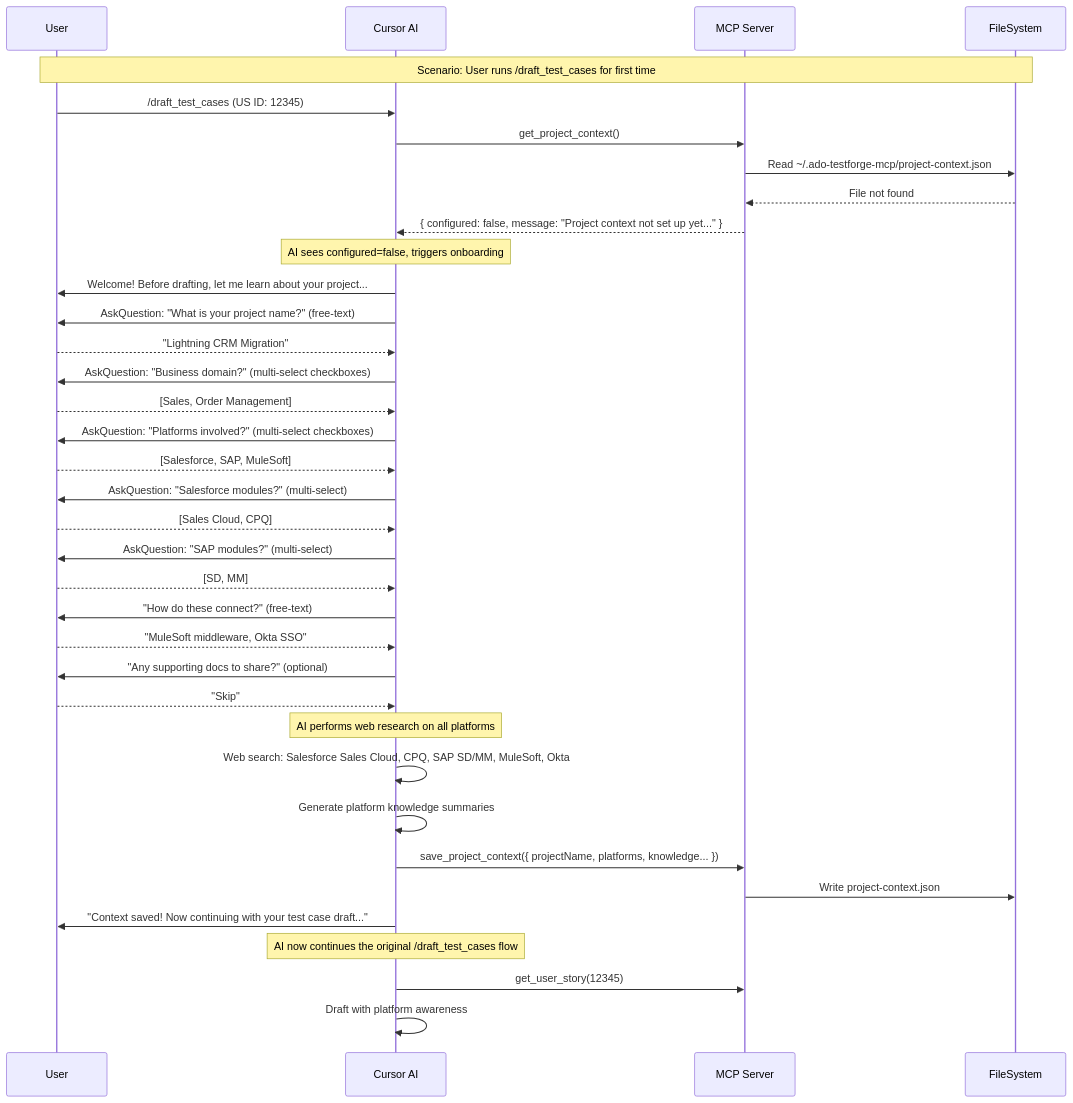
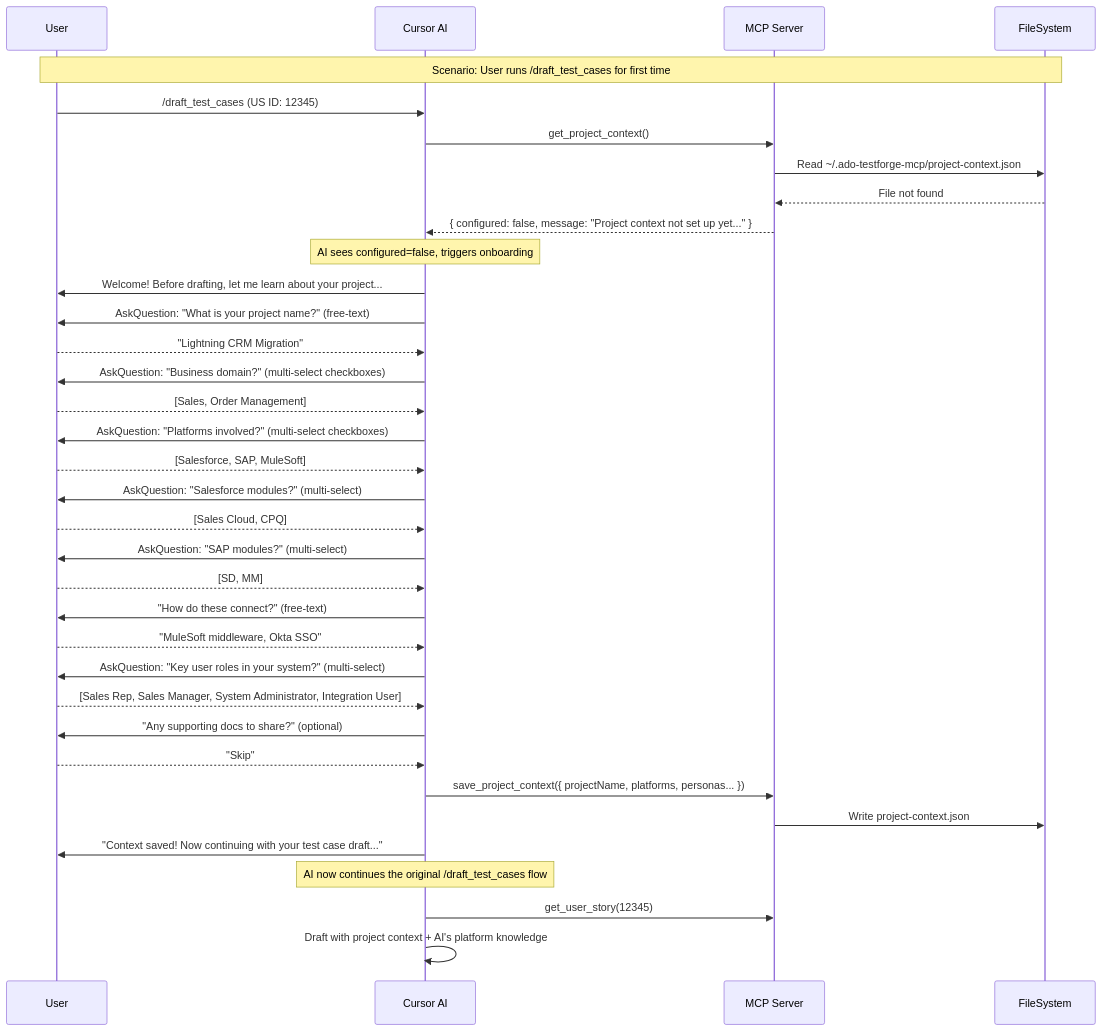
One commit to badgujar-kavita/ado-mcp-server changed the diagram in .cursor/plans/post_install_onboarding_flow.plan.md. Above: the diagram before and after it, drawn with Mermaid. The commit also changed other lines of this file and 9 other files, not shown here.

````diff
--- a/.cursor/plans/post_install_onboarding_flow.plan.md
+++ b/.cursor/plans/post_install_onboarding_flow.plan.md
@@ -27,45 +27,43 @@
 ```mermaid
 sequenceDiagram
     participant U as User
     participant AI as Cursor AI
     participant MCP as MCP Server
     participant FS as FileSystem
 
     Note over U,FS: Scenario: User runs /draft_test_cases for first time
 
     U->>AI: /draft_test_cases (US ID: 12345)
     AI->>MCP: get_project_context()
     MCP->>FS: Read ~/.ado-testforge-mcp/project-context.json
     FS-->>MCP: File not found
     MCP-->>AI: { configured: false, message: "Project context not set up yet..." }
 
     Note over AI: AI sees configured=false, triggers onboarding
 
     AI->>U: Welcome! Before drafting, let me learn about your project...
     AI->>U: AskQuestion: "What is your project name?" (free-text)
     U-->>AI: "Lightning CRM Migration"
     AI->>U: AskQuestion: "Business domain?" (multi-select checkboxes)
     U-->>AI: [Sales, Order Management]
     AI->>U: AskQuestion: "Platforms involved?" (multi-select checkboxes)
     U-->>AI: [Salesforce, SAP, MuleSoft]
     AI->>U: AskQuestion: "Salesforce modules?" (multi-select)
     U-->>AI: [Sales Cloud, CPQ]
     AI->>U: AskQuestion: "SAP modules?" (multi-select)
     U-->>AI: [SD, MM]
     AI->>U: "How do these connect?" (free-text)
     U-->>AI: "MuleSoft middleware, Okta SSO"
+    AI->>U: AskQuestion: "Key user roles in your system?" (multi-select)
+    U-->>AI: [Sales Rep, Sales Manager, System Administrator, Integration User]
     AI->>U: "Any supporting docs to share?" (optional)
     U-->>AI: "Skip"
 
-    Note over AI: AI performs web research on all platforms
-    AI->>AI: Web search: Salesforce Sales Cloud, CPQ, SAP SD/MM, MuleSoft, Okta
-    AI->>AI: Generate platform knowledge summaries
-
-    AI->>MCP: save_project_context({ projectName, platforms, knowledge... })
+    AI->>MCP: save_project_context({ projectName, platforms, personas... })
     MCP->>FS: Write project-context.json
     AI->>U: "Context saved! Now continuing with your test case draft..."
 
     Note over AI: AI now continues the original /draft_test_cases flow
     AI->>MCP: get_user_story(12345)
-    AI->>AI: Draft with platform awareness
+    AI->>AI: Draft with project context + AI's platform knowledge
 ```
````
